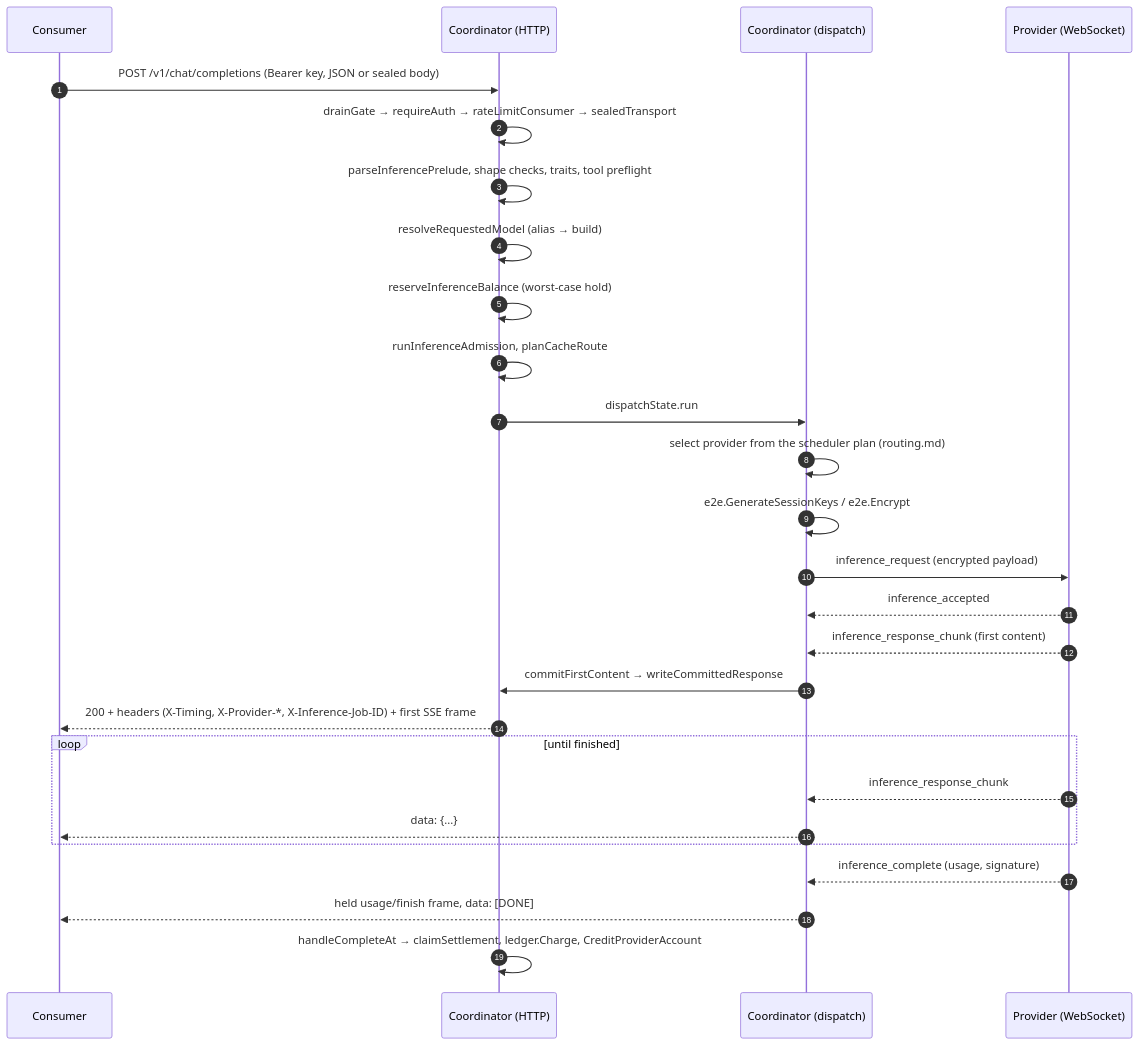
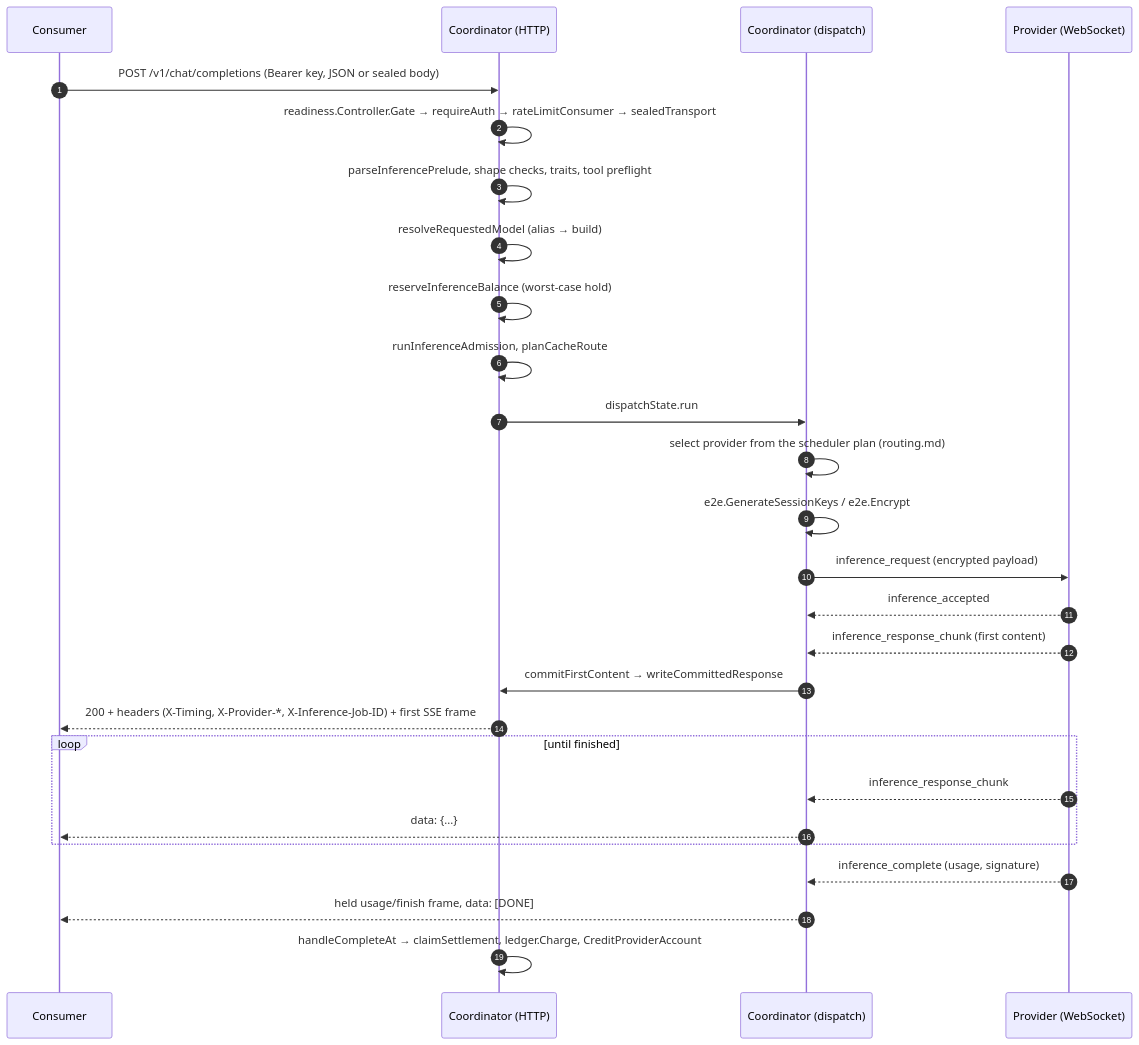
The diagram in docs/architecture/data-flow.md (Layr-Labs/d-inference), drawn with Mermaid before and after one commit. The commit also changed other lines of this file and 10 other files, not shown here.

````diff
--- a/docs/architecture/data-flow.md
+++ b/docs/architecture/data-flow.md
@@ -15,30 +15,30 @@
 ```mermaid
 sequenceDiagram
     autonumber
     participant C as Consumer
     participant K as Coordinator (HTTP)
     participant D as Coordinator (dispatch)
     participant P as Provider (WebSocket)
 
     C->>K: POST /v1/chat/completions (Bearer key, JSON or sealed body)
-    K->>K: drainGate → requireAuth → rateLimitConsumer → sealedTransport
+    K->>K: readiness.Controller.Gate → requireAuth → rateLimitConsumer → sealedTransport
     K->>K: parseInferencePrelude, shape checks, traits, tool preflight
     K->>K: resolveRequestedModel (alias → build)
     K->>K: reserveInferenceBalance (worst-case hold)
     K->>K: runInferenceAdmission, planCacheRoute
     K->>D: dispatchState.run
     D->>D: select provider from the scheduler plan (routing.md)
     D->>D: e2e.GenerateSessionKeys / e2e.Encrypt
     D->>P: inference_request (encrypted payload)
     P-->>D: inference_accepted
     P-->>D: inference_response_chunk (first content)
     D->>K: commitFirstContent → writeCommittedResponse
     K-->>C: 200 + headers (X-Timing, X-Provider-*, X-Inference-Job-ID) + first SSE frame
     loop until finished
         P-->>D: inference_response_chunk
         D-->>C: data: {...}
     end
     P-->>D: inference_complete (usage, signature)
     D-->>C: held usage/finish frame, data: [DONE]
     K->>K: handleCompleteAt → claimSettlement, ledger.Charge, CreditProviderAccount
 ```
````
